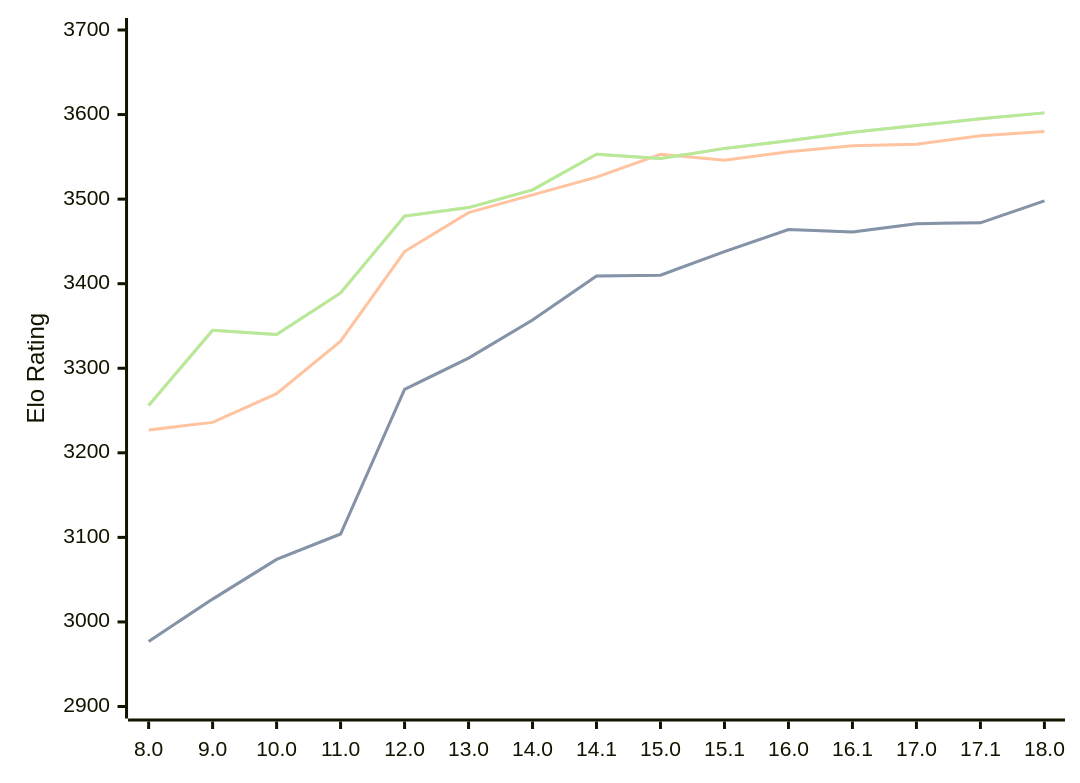
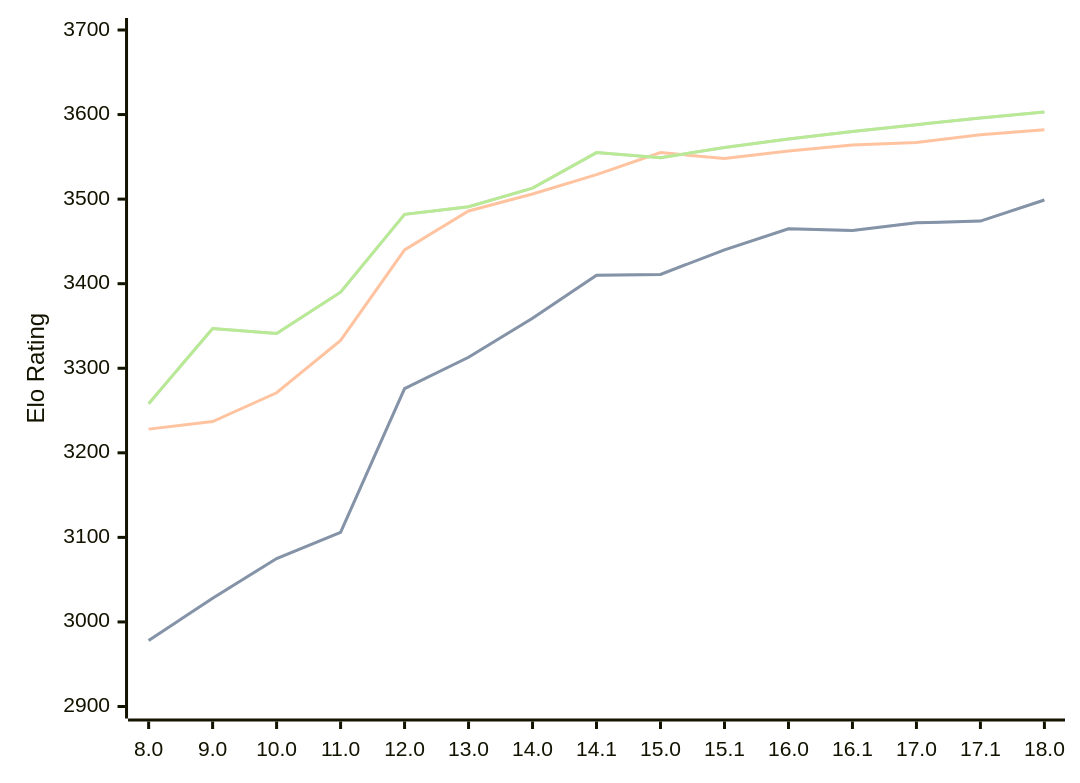
One commit to computer-chess-index/cci changed the diagram in engines/Stockfish.md. Above: the diagram before and after it, drawn with Mermaid. The commit also changed other lines of this file, not shown here.

Commit message:
Update CCI Ratings (ELO VLTC) - 2026-08-09

````diff
--- a/engines/Stockfish.md
+++ b/engines/Stockfish.md
@@ -45,11 +45,11 @@
 ```mermaid
 %%{init: {"theme":"base","themeVariables":{"seriesColors:['#a3a3a3','#222221','#faa371']}}}%%
 xychart-beta
   x-axis ["8.0", "9.0", "10.0", "11.0", "12.0", "13.0", "14.0", "14.1", "15.0", "15.1", "16.0", "16.1", "17.0", "17.1", "18.0"]
   y-axis "Elo Rating" 2900 --> 3700
-  line "STC (8.0+0.08s)" [2977, 3027, 3074, 3104, 3275, 3312, 3357, 3409, 3410, 3438, 3464, 3461, 3471, 3472, 3498]
-  line "STC (8.0+0.08s)" [2977, 3027, 3074, 3104, 3275, 3312, 3357, 3409, 3410, 3438, 3464, 3461, 3471, 3472, 3498]
-  line "LTC (60.0+0.60s)" [3227, 3236, 3270, 3332, 3438, 3484, 3505, 3526, 3553, 3546, 3556, 3563, 3565, 3575, 3580]
-  line "VLTC (2m24s+1.12s)" [3256, 3345, 3340, 3389, 3480, 3490, 3511, 3553, 3548, 3560, 3569, 3579, 3587, 3595, 3602]
-  line "VLTC (2m24s+1.12s)" [3256, 3345, 3340, 3389, 3480, 3490, 3511, 3553, 3548, 3560, 3569, 3579, 3587, 3595, 3602]
+  line "STC (8.0+0.08s)" [2978, 3028, 3075, 3106, 3276, 3313, 3359, 3410, 3411, 3440, 3465, 3463, 3472, 3474, 3499]
+  line "STC (8.0+0.08s)" [2978, 3028, 3075, 3106, 3276, 3313, 3359, 3410, 3411, 3440, 3465, 3463, 3472, 3474, 3499]
+  line "LTC (60.0+0.60s)" [3228, 3237, 3271, 3333, 3440, 3486, 3506, 3529, 3555, 3548, 3557, 3564, 3567, 3576, 3582]
+  line "VLTC (2m24s+1.12s)" [3258, 3347, 3341, 3390, 3482, 3491, 3513, 3555, 3549, 3561, 3571, 3580, 3588, 3596, 3603]
+  line "VLTC (2m24s+1.12s)" [3258, 3347, 3341, 3390, 3482, 3491, 3513, 3555, 3549, 3561, 3571, 3580, 3588, 3596, 3603]
 ```
````
